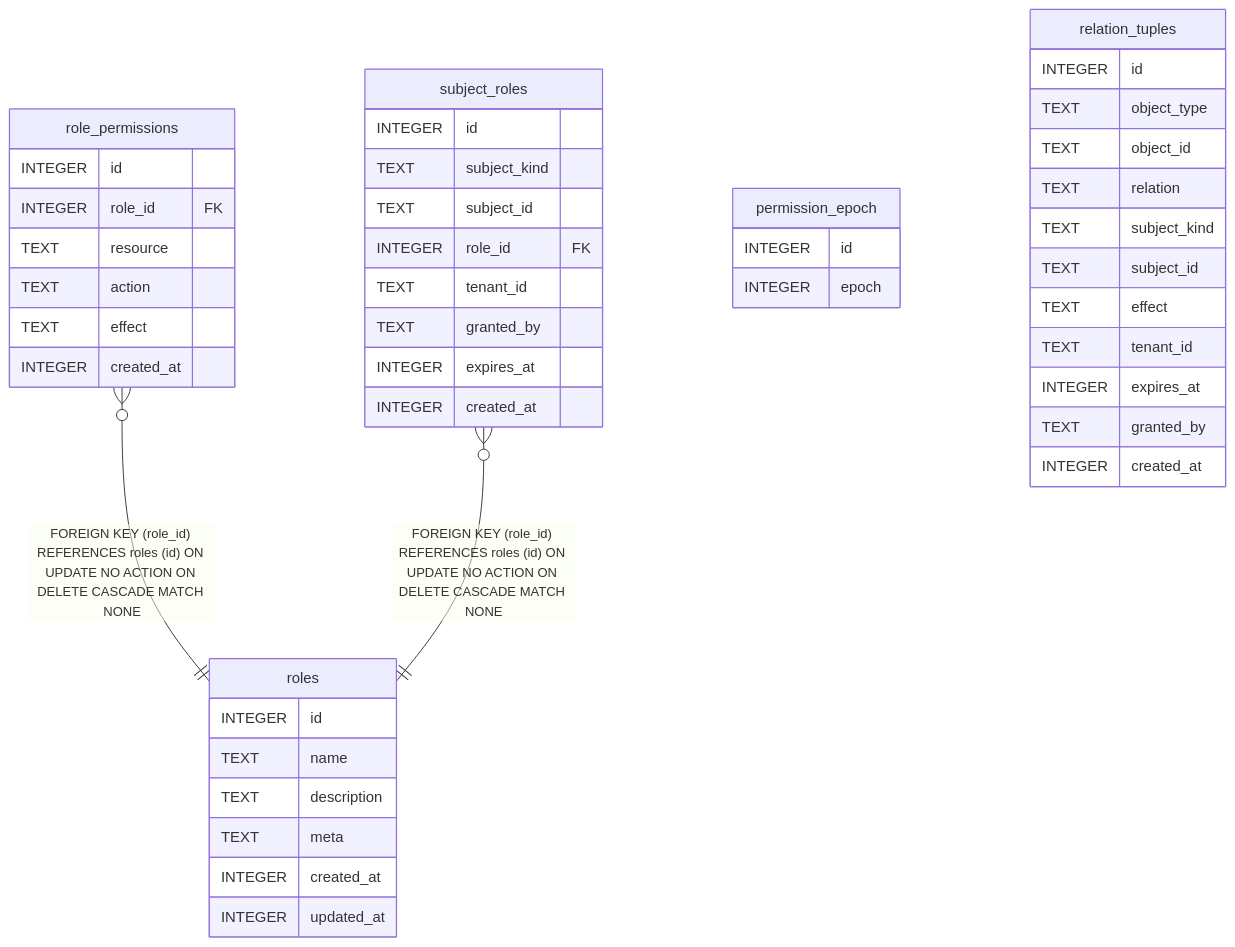
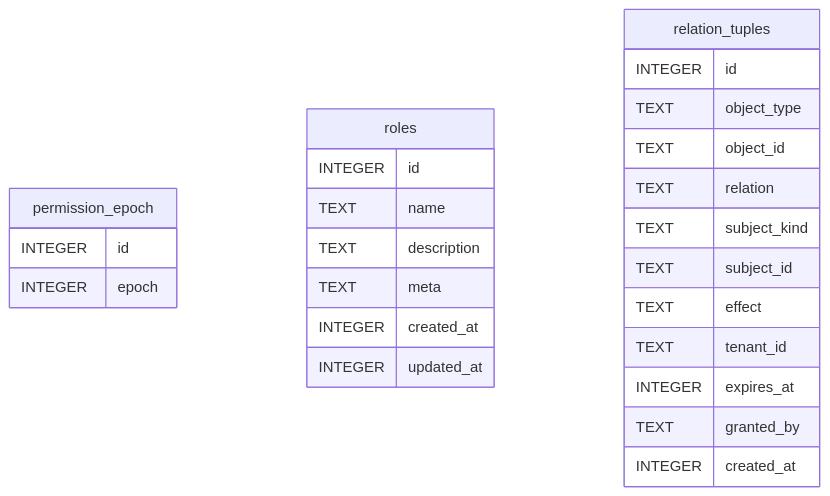
Before and after one commit to ktbhealth/docs: the diagram in content/docs/en/developers/plugins/rbac/reference/schema.mmd, drawn with Mermaid. The commit also changed 13 other files, not shown here.

First line of the commit message:
docs(erd): drop legacy rbac grant tables (P-101/T-183)

```diff
--- a/content/docs/en/developers/plugins/rbac/reference/schema.mmd
+++ b/content/docs/en/developers/plugins/rbac/reference/schema.mmd
@@ -1,48 +1,28 @@
 erDiagram
 
-"role_permissions" }o--|| "roles" : "FOREIGN KEY (role_id) REFERENCES roles (id) ON UPDATE NO ACTION ON DELETE CASCADE MATCH NONE"
-"subject_roles" }o--|| "roles" : "FOREIGN KEY (role_id) REFERENCES roles (id) ON UPDATE NO ACTION ON DELETE CASCADE MATCH NONE"
 
 "permission_epoch" {
   INTEGER id
   INTEGER epoch
-}
-"role_permissions" {
-  INTEGER id
-  INTEGER role_id FK
-  TEXT resource
-  TEXT action
-  TEXT effect
-  INTEGER created_at
 }
 "roles" {
   INTEGER id
   TEXT name
   TEXT description
   TEXT meta
   INTEGER created_at
   INTEGER updated_at
-}
-"subject_roles" {
-  INTEGER id
-  TEXT subject_kind
-  TEXT subject_id
-  INTEGER role_id FK
-  TEXT tenant_id
-  TEXT granted_by
-  INTEGER expires_at
-  INTEGER created_at
 }
 "relation_tuples" {
   INTEGER id
   TEXT object_type
   TEXT object_id
   TEXT relation
   TEXT subject_kind
   TEXT subject_id
   TEXT effect
   TEXT tenant_id
   INTEGER expires_at
   TEXT granted_by
   INTEGER created_at
 }
```
